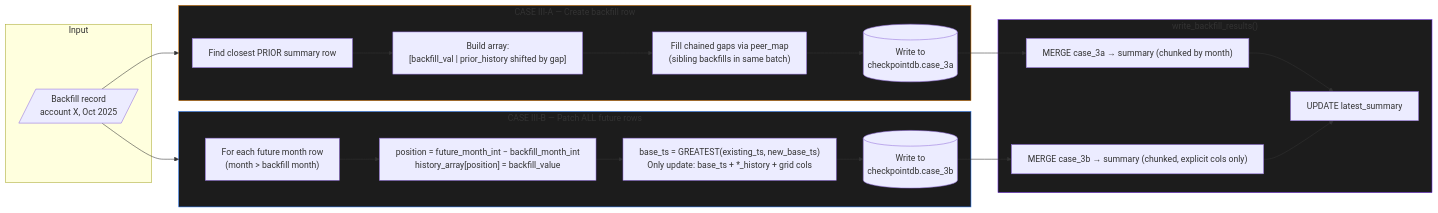
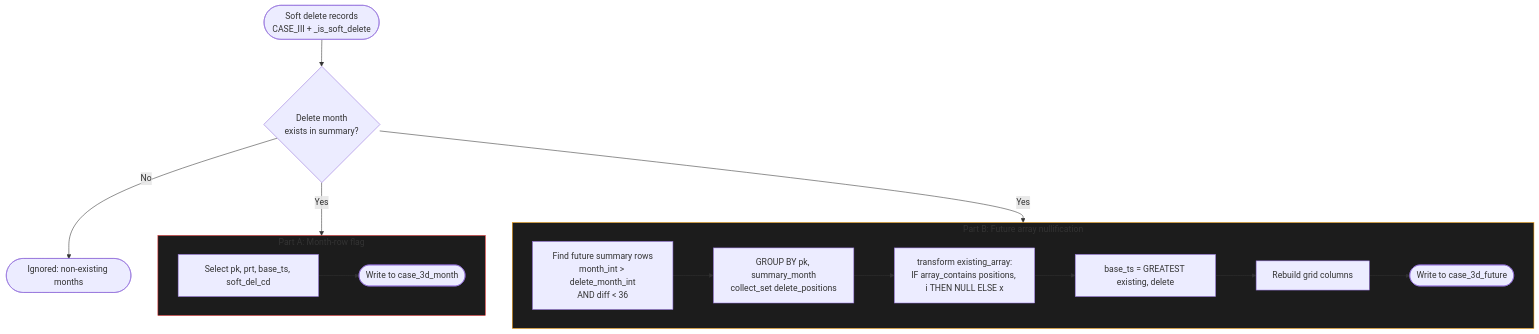
Before and after one commit to Bibinbennyhex/DataDominion: the fifth of 5 diagrams in main/production_docs/DESIGN_DOCUMENT.md, drawn with Mermaid. The commit also changed other lines of this file and 4 other files, not shown here.

````diff
--- a/main/production_docs/DESIGN_DOCUMENT.md
+++ b/main/production_docs/DESIGN_DOCUMENT.md
@@ -459,40 +592,30 @@
 ```mermaid
-%%{init: {"flowchart": {"useMaxWidth": true, "wrappingWidth": 600}} }%%
-graph LR
-    subgraph Input
-        SRC[/"Backfill record<br/>account X, Oct 2025"/]
+%%{init: {"flowchart": {"useMaxWidth": true}} }%%
+graph TD
+    SRC(["Soft delete records<br/>CASE_III + _is_soft_delete"])
+    VAL{"Delete month<br/>exists in summary?"}
+    SKIP(["Ignored: non-existing months"])
+
+    subgraph PART_A["Part A: Month-row flag"]
+        A1["Select pk, prt, base_ts, soft_del_cd"]
+        A2(["Write to case_3d_month"])
     end
 
-    subgraph CASE_III_A["CASE III-A — Create backfill row"]
-        A1["Find closest PRIOR summary row"]
-        A2["Build array:<br/>[backfill_val | prior_history shifted by gap]"]
-        A3["Fill chained gaps via peer_map<br/>(sibling backfills in same batch)"]
-        A4[("Write to<br/>checkpointdb.case_3a")]
-        A1 --> A2 --> A3 --> A4
+    subgraph PART_B["Part B: Future array nullification"]
+        B1["Find future summary rows<br/>month_int > delete_month_int<br/>AND diff < 36"]
+        B2["GROUP BY pk, summary_month<br/>collect_set delete_positions"]
+        B3["transform existing_array:<br/>IF array_contains positions, i THEN NULL ELSE x"]
+        B4["base_ts = GREATEST existing, delete"]
+        B5["Rebuild grid columns"]
+        B6(["Write to case_3d_future"])
     end
 
-    subgraph CASE_III_B["CASE III-B — Patch ALL future rows"]
-        B1["For each future month row<br/>(month > backfill month)"]
-        B2["position = future_month_int − backfill_month_int<br/>history_array[position] = backfill_value"]
-        B3["base_ts = GREATEST(existing_ts, new_base_ts)<br/>Only update: base_ts + *_history + grid cols"]
-        B4[("Write to<br/>checkpointdb.case_3b")]
-        B1 --> B2 --> B3 --> B4
-    end
+    SRC --> VAL
+    VAL -- No --> SKIP
+    VAL -- Yes --> PART_A & PART_B
+    A1 --> A2
+    B1 --> B2 --> B3 --> B4 --> B5 --> B6
 
-    subgraph Write["write_backfill_results()"]
-        W1["MERGE case_3a → summary (chunked by month)"]
-        W2["MERGE case_3b → summary (chunked, explicit cols only)"]
-        W3["UPDATE latest_summary"]
-        W1 --> W3
-        W2 --> W3
-    end
-
-    SRC --> CASE_III_A
-    SRC --> CASE_III_B
-    A4 --> W1
-    B4 --> W2
-
-    style CASE_III_A fill:#1c1c1c,stroke:#d97706
-    style CASE_III_B fill:#1c1c1c,stroke:#1f6feb
-    style Write fill:#1c1c1c,stroke:#7c3aed
+    style PART_A fill:#1c1c1c,stroke:#dc2626
+    style PART_B fill:#1c1c1c,stroke:#f59e0b
 ```
````
